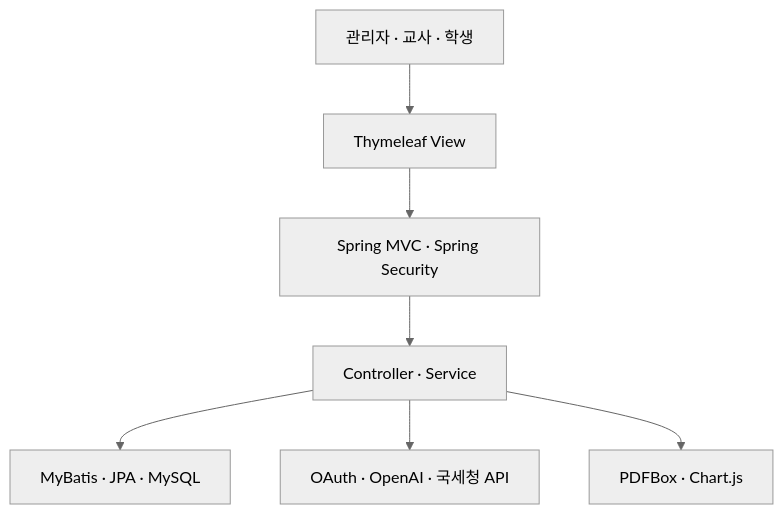
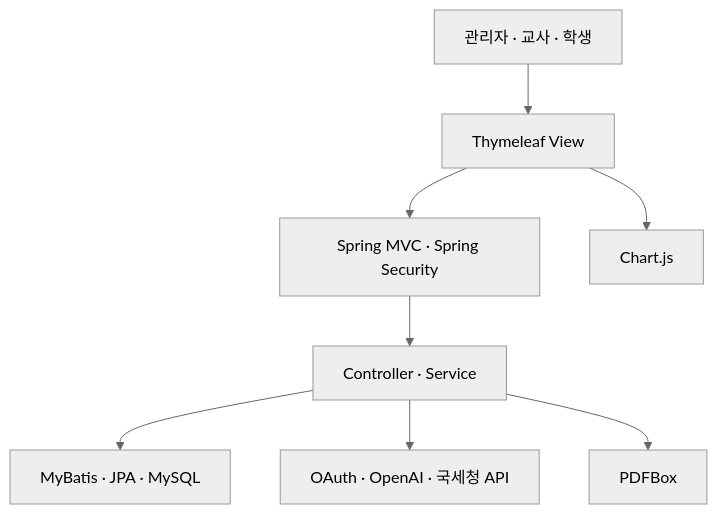
One commit to Seo-Yeon-Choi/EduPOP changed the second of 2 diagrams in README.md. Above: the diagram before and after it, drawn with Mermaid (neutral theme). The commit also changed other lines of this file, not shown here.

Commit message:
docs: clarify EduPOP database setup and architecture

```diff
--- a/README.md
+++ b/README.md
@@ -104,9 +104,10 @@
 ~~~mermaid
 flowchart TB
     U["관리자 · 교사 · 학생"] --> V["Thymeleaf View"]
     V --> S["Spring MVC · Spring Security"]
     S --> B["Controller · Service"]
     B --> D["MyBatis · JPA · MySQL"]
     B --> X["OAuth · OpenAI · 국세청 API"]
-    B --> P["PDFBox · Chart.js"]
+    B --> P["PDFBox"]
+    V --> C["Chart.js"]
 ~~~
```
